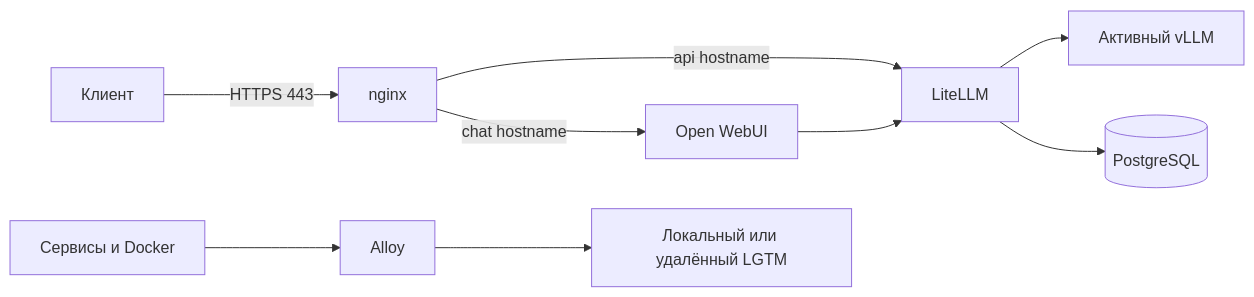
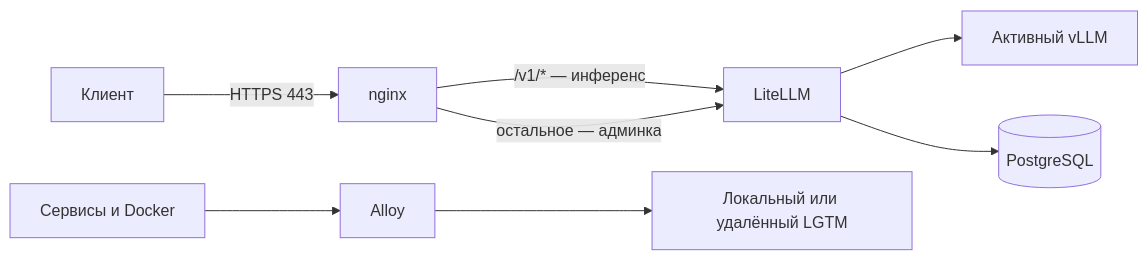
Before and after one commit to TheMrDJek/observable-vllm-stack: the diagram in README.md, drawn with Mermaid. The commit also changed other lines of this file and 10 other files, not shown here.

````diff
--- a/README.md
+++ b/README.md
@@ -5,11 +5,10 @@
 ```mermaid
 flowchart LR
   client[Клиент] -->|"HTTPS 443"| nginx[nginx]
-  nginx -->|"api hostname"| litellm[LiteLLM]
-  nginx -->|"chat hostname"| webui[Open WebUI]
-  webui --> litellm
+  nginx -->|"/v1/* — инференс"| litellm[LiteLLM]
+  nginx -->|"остальное — админка"| litellm
   litellm --> vllm[Активный vLLM]
   litellm --> pg[(PostgreSQL)]
   services[Сервисы и Docker] --> alloy[Alloy]
   alloy --> lgtm[Локальный или удалённый LGTM]
 ```
````
